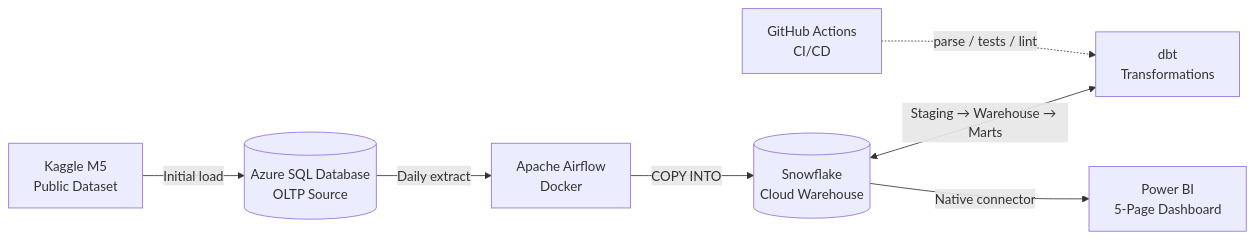
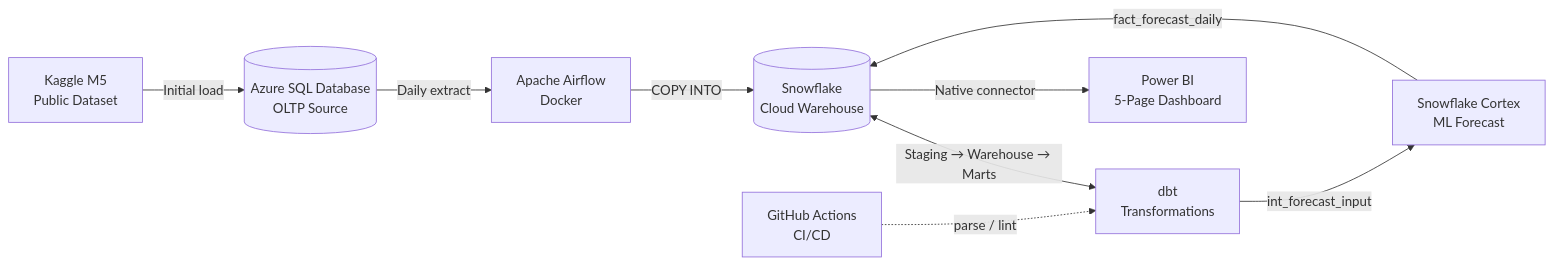
One commit to Pheluciam/retail-demand-forecasting-project changed the diagram in README.md. Above: the diagram before and after it, drawn with Mermaid. The commit also changed other lines of this file, not shown here.

````diff
--- a/README.md
+++ b/README.md
@@ -25,17 +26,20 @@
 ```mermaid
 flowchart LR
     K["Kaggle M5<br/>Public Dataset"]
     MS[("Azure SQL Database<br/>OLTP Source")]
     AF["Apache Airflow<br/>Docker"]
     SF[("Snowflake<br/>Cloud Warehouse")]
     DBT["dbt<br/>Transformations"]
+    CTX["Snowflake Cortex<br/>ML Forecast"]
     PBI["Power BI<br/>5-Page Dashboard"]
     GH["GitHub Actions<br/>CI/CD"]
 
     K -->|Initial load| MS
     MS -->|Daily extract| AF
     AF -->|COPY INTO| SF
     SF <-->|Staging &rarr; Warehouse &rarr; Marts| DBT
+    DBT -->|int_forecast_input| CTX
+    CTX -->|fact_forecast_daily| SF
     SF -->|Native connector| PBI
-    GH -.->|parse / tests / lint| DBT
+    GH -.->|parse / lint| DBT
 ```
````
